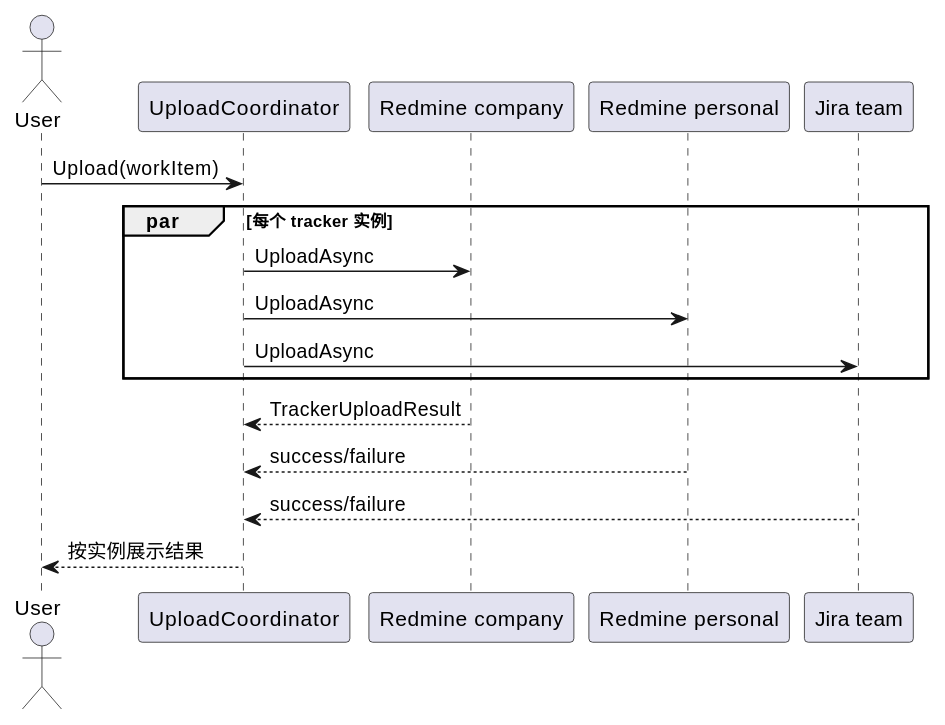
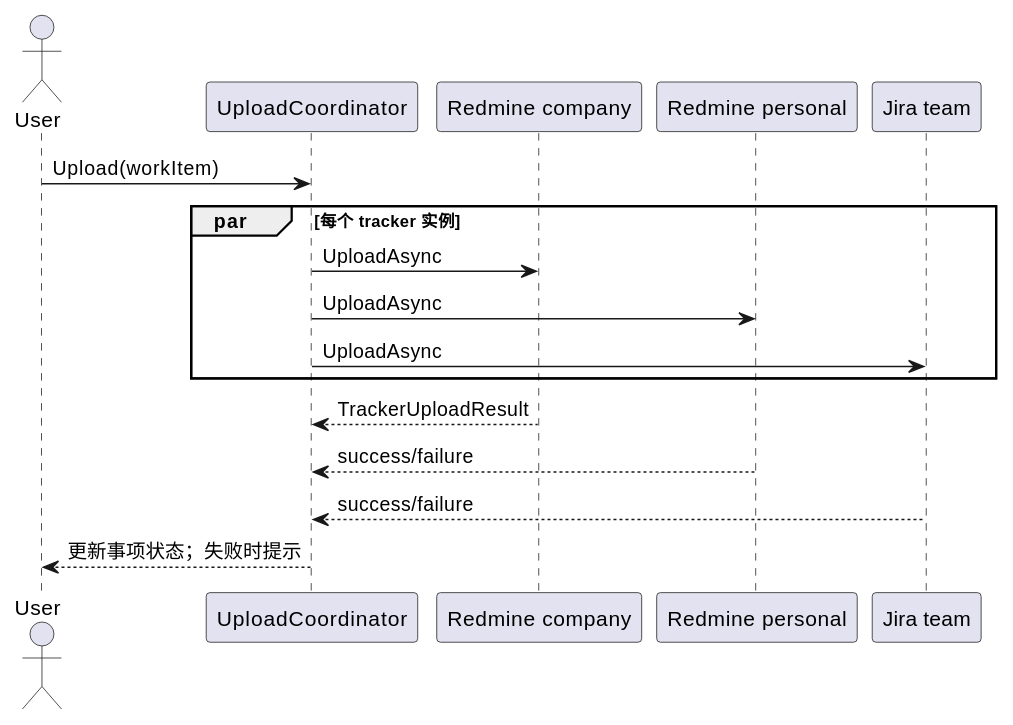
Before and after one commit to micro123/diary-app: the third of 3 diagrams in Docs/MultiTrackerEditorDesign.md, drawn with PlantUML. The commit also changed other lines of this file and 8 other files, not shown here.

````diff
--- a/Docs/MultiTrackerEditorDesign.md
+++ b/Docs/MultiTrackerEditorDesign.md
@@ -319,20 +319,20 @@
 ```plantuml
 @startuml
 actor User
 participant "UploadCoordinator" as C
 participant "Redmine company" as R1
 participant "Redmine personal" as R2
 participant "Jira team" as J
 
 User -> C : Upload(workItem)
 par 每个 tracker 实例
   C -> R1 : UploadAsync
   C -> R2 : UploadAsync
   C -> J : UploadAsync
 end
 R1 --> C : TrackerUploadResult
 R2 --> C : success/failure
 J --> C : success/failure
-C --> User : 按实例展示结果
+C --> User : 更新事项状态；失败时提示
 @enduml
 ```
````
